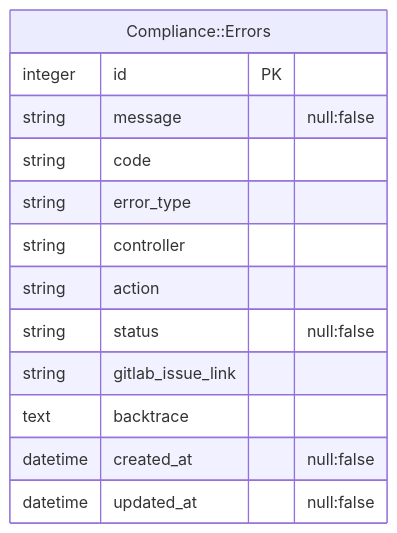
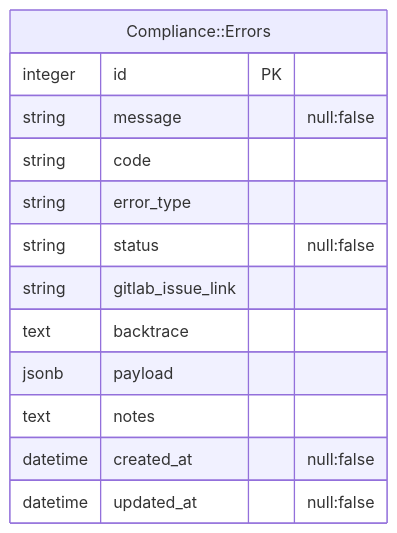
One commit to secretstartups/handbook changed the first of 3 diagrams in content/handbook/engineering/architecture/design-documents/cdot_error_reporting/_index.md. Above: the diagram before and after it, drawn with Mermaid.

Commit message:
Update table information on CDot error reporting blueprint document

````diff
--- a/content/handbook/engineering/architecture/design-documents/cdot_error_reporting/_index.md
+++ b/content/handbook/engineering/architecture/design-documents/cdot_error_reporting/_index.md
@@ -61,17 +61,17 @@
 ```mermaid
 erDiagram
 
   "Compliance::Errors" {
     integer id PK
     string message "null:false"
     string code
     string error_type
-    string controller
-    string action
     string status "null:false"
     string gitlab_issue_link
     text backtrace
+    jsonb payload
+    text notes
     datetime created_at "null:false"
     datetime updated_at "null:false"
   }
 ```
````
